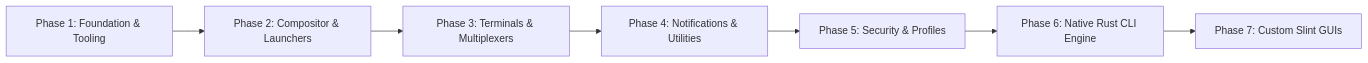
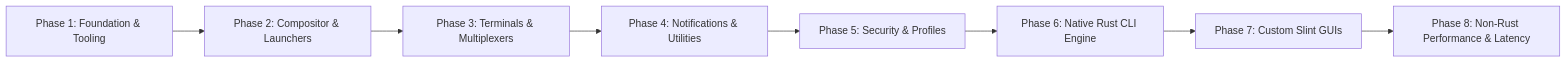
One commit to Hypokoto/dotfield changed the diagram in docs/ROADMAP.md. Above: the diagram before and after it, drawn with Mermaid. The commit also changed other lines of this file and 70 other files, not shown here.

Commit message:
feat(phase-8): optimize non-rust desktop latency, shell startup, and developer productivity

````diff
--- a/docs/ROADMAP.md
+++ b/docs/ROADMAP.md
@@ -5,9 +5,10 @@
 ```mermaid
 flowchart LR
     P1[Phase 1: Foundation & Tooling] --> P2[Phase 2: Compositor & Launchers]
     P2 --> P3[Phase 3: Terminals & Multiplexers]
     P3 --> P4[Phase 4: Notifications & Utilities]
     P4 --> P5[Phase 5: Security & Profiles]
     P5 --> P6[Phase 6: Native Rust CLI Engine]
     P6 --> P7[Phase 7: Custom Slint GUIs]
+    P7 --> P8[Phase 8: Non-Rust Performance & Latency]
 ```
````
